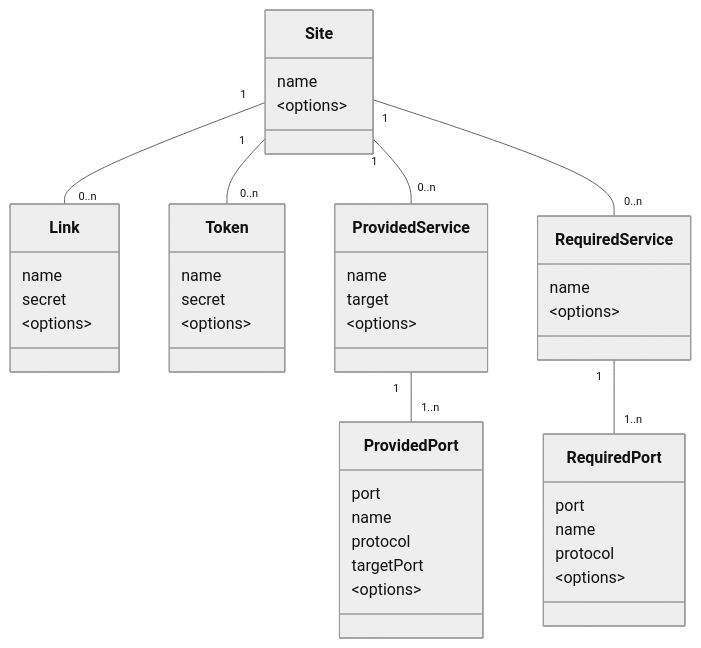
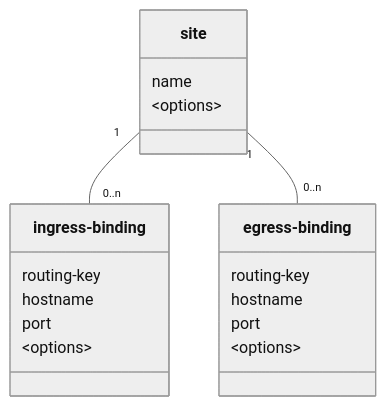
The diagram in images/model.mermaid (skupperproject/refdog), drawn with Mermaid before and after one commit. The commit also changed 5 other files, not shown here.

```diff
--- a/images/model.mermaid
+++ b/images/model.mermaid
@@ -1,46 +1,22 @@
 %%{init: {'theme': 'neutral', 'fontFamily': 'Noto Sans'}}%%
 
 classDiagram
     direction TB
-    Site "1" -- "0..n" Link
-    Site "1" -- "0..n" Token
-    Site "1" -- "0..n" ProvidedService
-    Site "1" -- "0..n" RequiredService
-    ProvidedService "1" -- "1..n" ProvidedPort
-    RequiredService "1" -- "1..n" RequiredPort
-    class Site {
+    site "1" -- "0..n" `ingress-binding`
+    site "1" -- "0..n" `egress-binding`
+    class site {
         name
         &lt;options&gt;
     }
-    class Link {
-        name
-        secret
+    class `egress-binding` {
+        routing-key
+        hostname
+        port
         &lt;options&gt;
     }
-    class Token {
-        name
-        secret
+    class `ingress-binding` {
+        routing-key
+        hostname
+        port
         &lt;options&gt;
     }
-    class ProvidedService {
-        name
-        target
-        &lt;options&gt;
-    }
-    class ProvidedPort {
-        port
-        name
-        protocol
-        targetPort
-        &lt;options&gt;
-    }
-    class RequiredService {
-        name
-        &lt;options&gt;
-    }
-    class RequiredPort {
-        port
-        name
-        protocol
-        &lt;options&gt;
-    }
```
